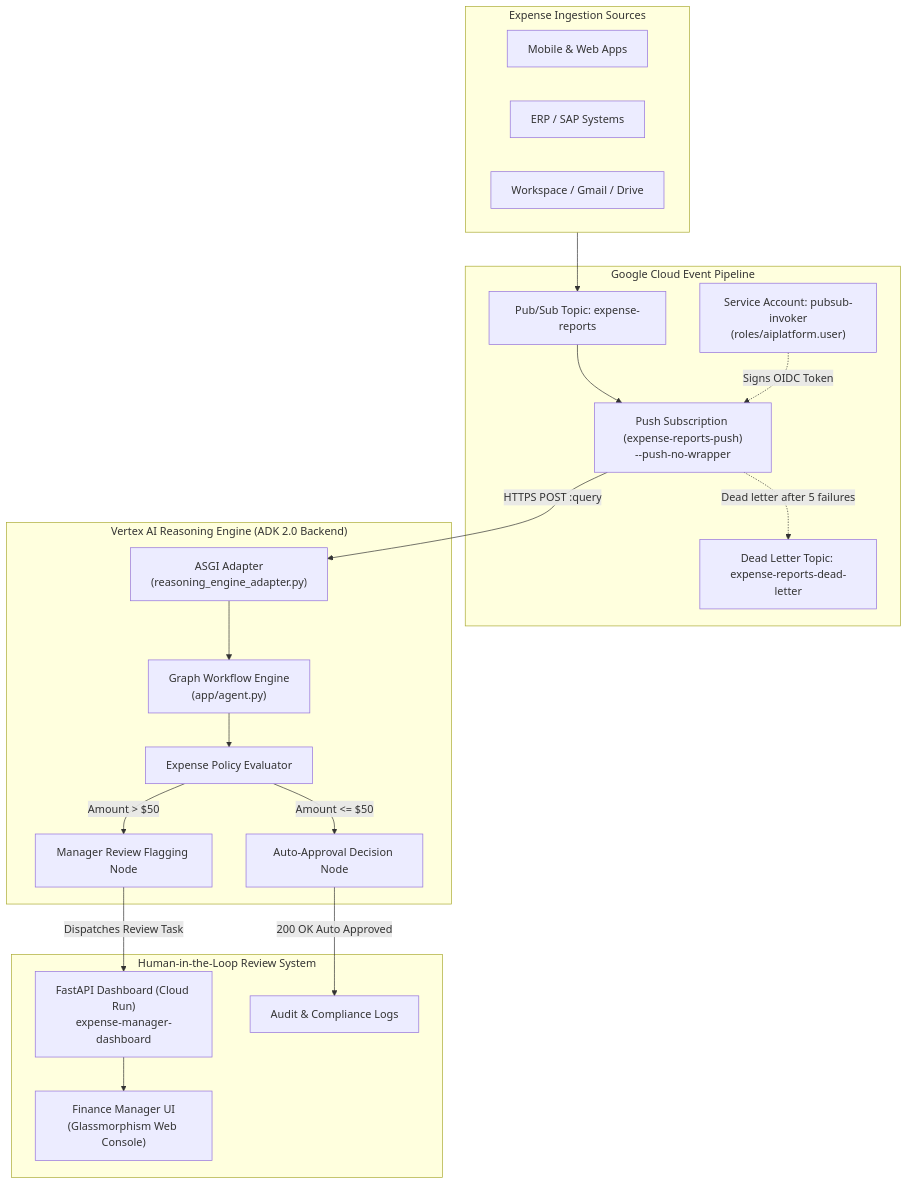
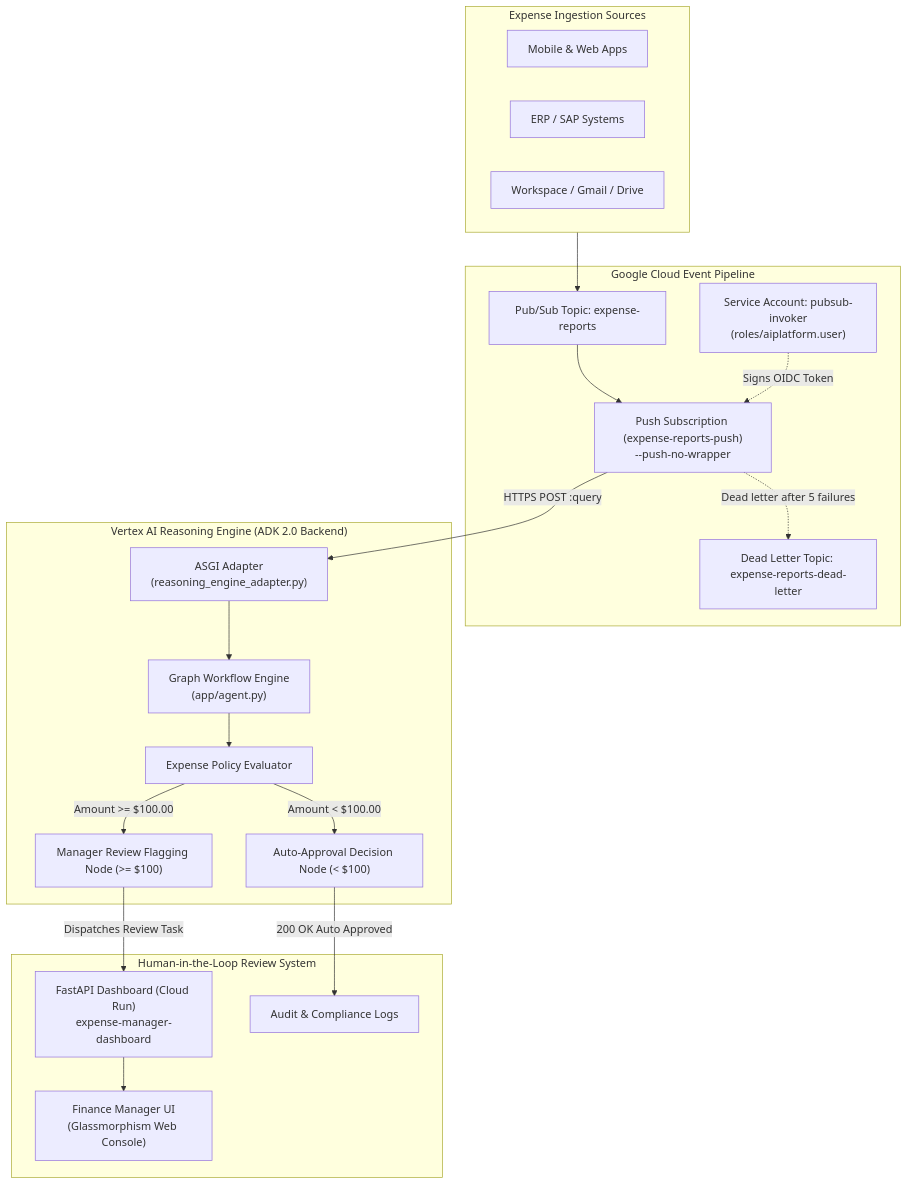
The first of 2 diagrams in ARCHITECTURE.md (rsurya-ux/expense-claim-and-approval-agent), drawn with Mermaid before and after one commit. The commit also changed other lines of this file and 48 other files, not shown here.

````diff
--- a/ARCHITECTURE.md
+++ b/ARCHITECTURE.md
@@ -9,42 +9,42 @@
 ```mermaid
 flowchart TD
     subgraph Sources["Expense Ingestion Sources"]
         Mobile["Mobile & Web Apps"]
         ERP["ERP / SAP Systems"]
         GSuite["Workspace / Gmail / Drive"]
     end
 
     subgraph Messaging["Google Cloud Event Pipeline"]
         Topic["Pub/Sub Topic: expense-reports"]
         DLQ["Dead Letter Topic: expense-reports-dead-letter"]
         PushSub["Push Subscription (expense-reports-push)<br/>--push-no-wrapper"]
         SA["Service Account: pubsub-invoker<br/>(roles/aiplatform.user)"]
     end
 
     subgraph ReasoningEngine["Vertex AI Reasoning Engine (ADK 2.0 Backend)"]
         Adapter["ASGI Adapter<br/>(reasoning_engine_adapter.py)"]
         Router["Graph Workflow Engine<br/>(app/agent.py)"]
         PolicyNode["Expense Policy Evaluator"]
-        AutoNode["Auto-Approval Decision Node"]
-        ReviewNode["Manager Review Flagging Node"]
+        AutoNode["Auto-Approval Decision Node (< $100)"]
+        ReviewNode["Manager Review Flagging Node (>= $100)"]
     end
 
     subgraph HITL["Human-in-the-Loop Review System"]
         CloudRun["FastAPI Dashboard (Cloud Run)<br/>expense-manager-dashboard"]
         Manager["Finance Manager UI<br/>(Glassmorphism Web Console)"]
         AuditLog["Audit & Compliance Logs"]
     end
 
     Sources --> Topic
     Topic --> PushSub
     PushSub -.->|Dead letter after 5 failures| DLQ
     SA -.->|Signs OIDC Token| PushSub
     PushSub -->|HTTPS POST :query| Adapter
     Adapter --> Router
     Router --> PolicyNode
-    PolicyNode -->|Amount <= $50| AutoNode
-    PolicyNode -->|Amount > $50| ReviewNode
+    PolicyNode -->|Amount < $100.00| AutoNode
+    PolicyNode -->|Amount >= $100.00| ReviewNode
     AutoNode -->|200 OK Auto Approved| AuditLog
     ReviewNode -->|Dispatches Review Task| CloudRun
     CloudRun --> Manager
 ```
````
